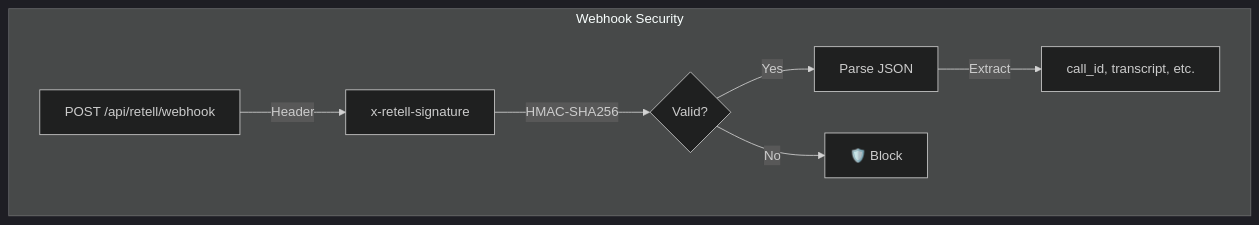
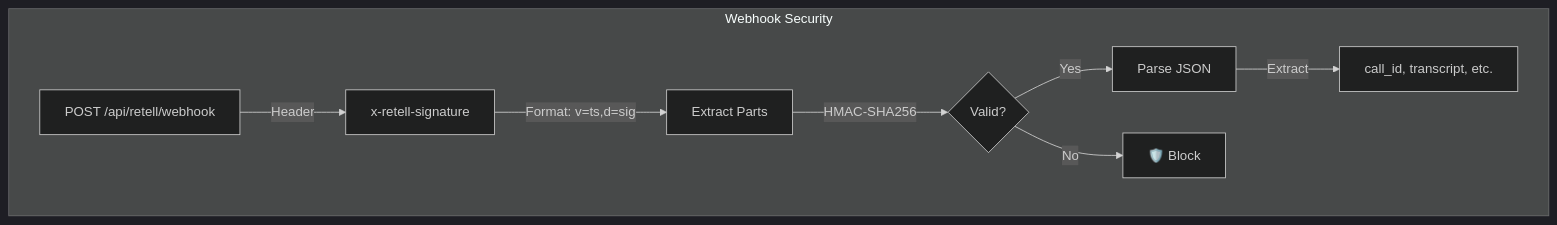
The fourth of 8 diagrams in PHONE_TO_APPOINTMENT_FLOW.md (fabianSp77/askproai-api), drawn with Mermaid (dark theme) before and after one commit. The commit also changed other lines of this file and 2664 other files, not shown here.

````diff
--- a/PHONE_TO_APPOINTMENT_FLOW.md
+++ b/PHONE_TO_APPOINTMENT_FLOW.md
@@ -121,10 +121,11 @@
 ```mermaid
 graph TD
     subgraph "Webhook Security"
         Request[POST /api/retell/webhook] -->|Header| Signature[x-retell-signature]
-        Signature -->|HMAC-SHA256| Verify{Valid?}
+        Signature -->|Format: v=ts,d=sig| Extract[Extract Parts]
+        Extract -->|HMAC-SHA256| Verify{Valid?}
         Verify -->|Yes| Parse[Parse JSON]
         Verify -->|No| Block[🛡️ Block]
         Parse -->|Extract| CallData[call_id, transcript, etc.]
     end
 ```
````
